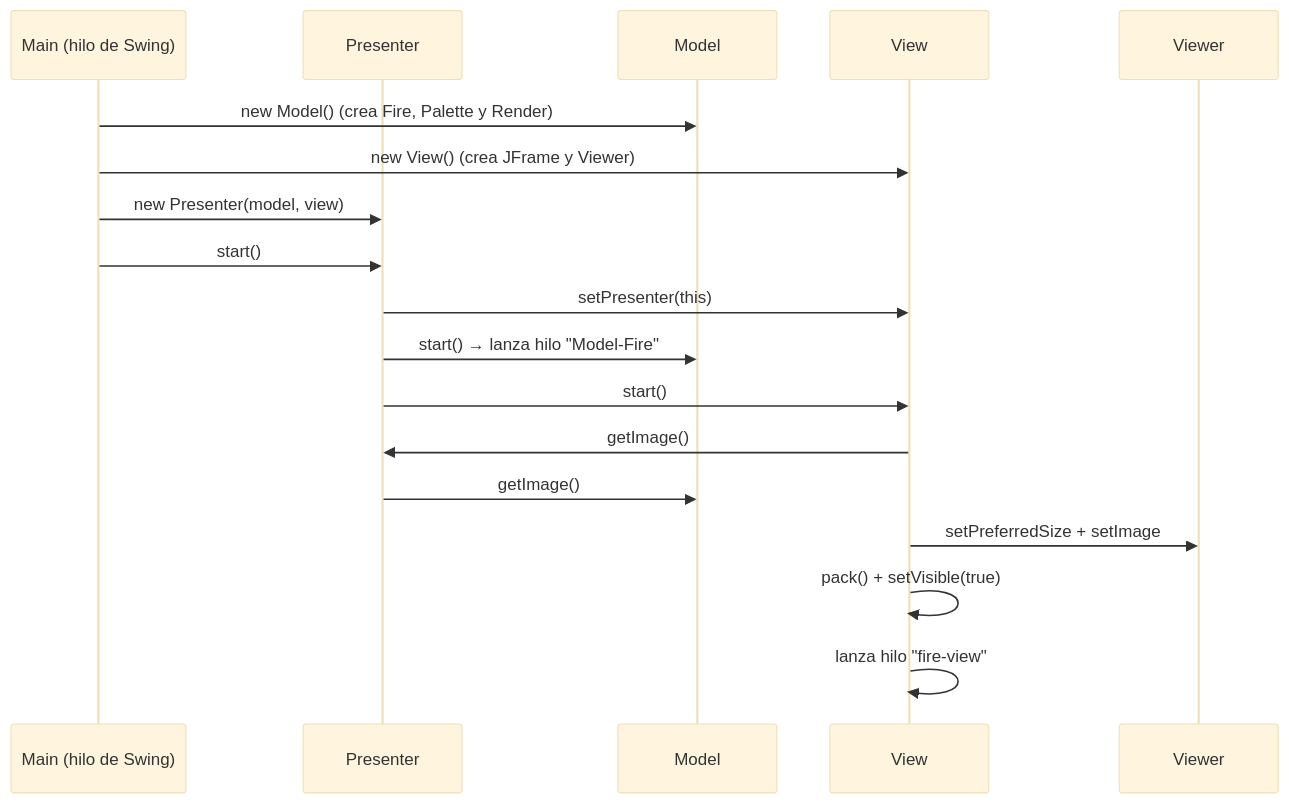
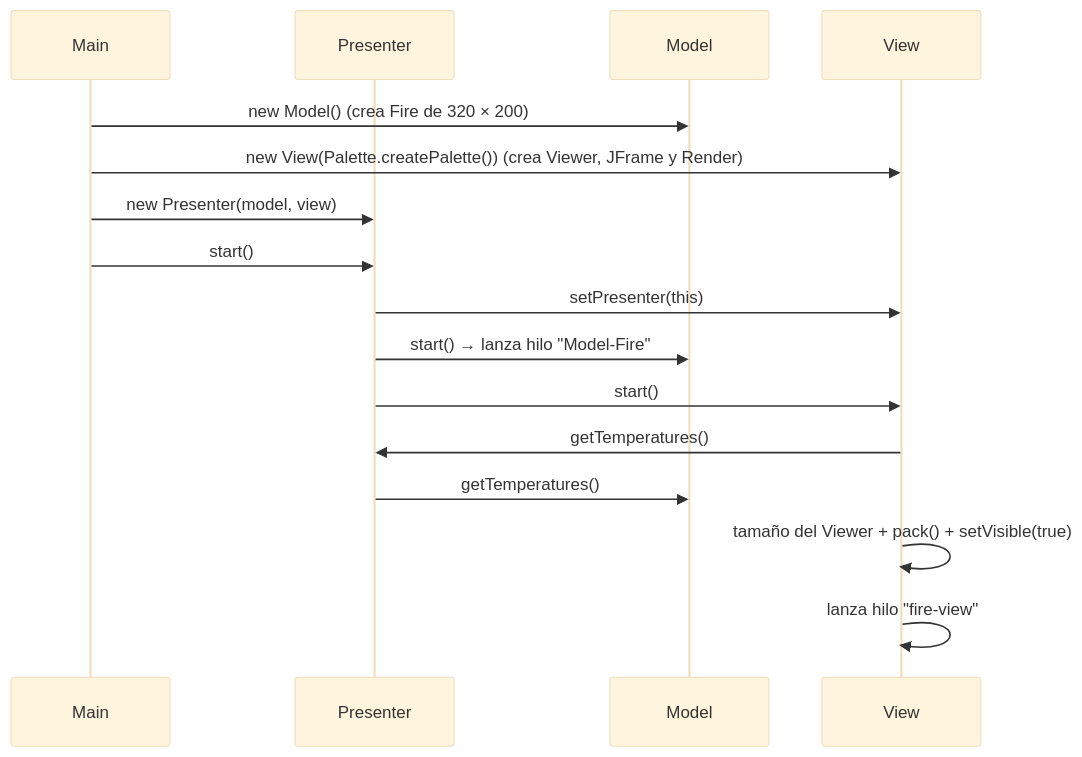
Before and after one commit to alexddios/DAM: the second of 2 diagrams in Segundo curso/Introduccion a los videojuegos/Fuego/README.md, drawn with Mermaid (base theme). The commit also changed other lines of this file, not shown here.

Commit message:
Fuego: README actualizado a la estructura MVP (modelo con temperaturas, vista con Render y Palette)

````diff
--- a/Segundo curso/Introduccion a los videojuegos/Fuego/README.md
+++ b/Segundo curso/Introduccion a los videojuegos/Fuego/README.md
@@ -123,21 +124,19 @@
 ```mermaid
 sequenceDiagram
-    participant EDT as Main (hilo de Swing)
+    participant Main
     participant P as Presenter
     participant M as Model
     participant V as View
-    participant Vw as Viewer
 
-    EDT->>M: new Model()  (crea Fire, Palette y Render)
-    EDT->>V: new View()   (crea JFrame y Viewer)
-    EDT->>P: new Presenter(model, view)
-    EDT->>P: start()
+    Main->>M: new Model()  (crea Fire de 320 × 200)
+    Main->>V: new View(Palette.createPalette())  (crea Viewer, JFrame y Render)
+    Main->>P: new Presenter(model, view)
+    Main->>P: start()
     P->>V: setPresenter(this)
     P->>M: start()  → lanza hilo "Model-Fire"
     P->>V: start()
-    V->>P: getImage()
-    P->>M: getImage()
-    V->>Vw: setPreferredSize + setImage
-    V->>V: pack() + setVisible(true)
+    V->>P: getTemperatures()
+    P->>M: getTemperatures()
+    V->>V: tamaño del Viewer + pack() + setVisible(true)
     V->>V: lanza hilo "fire-view"
 ```
````
